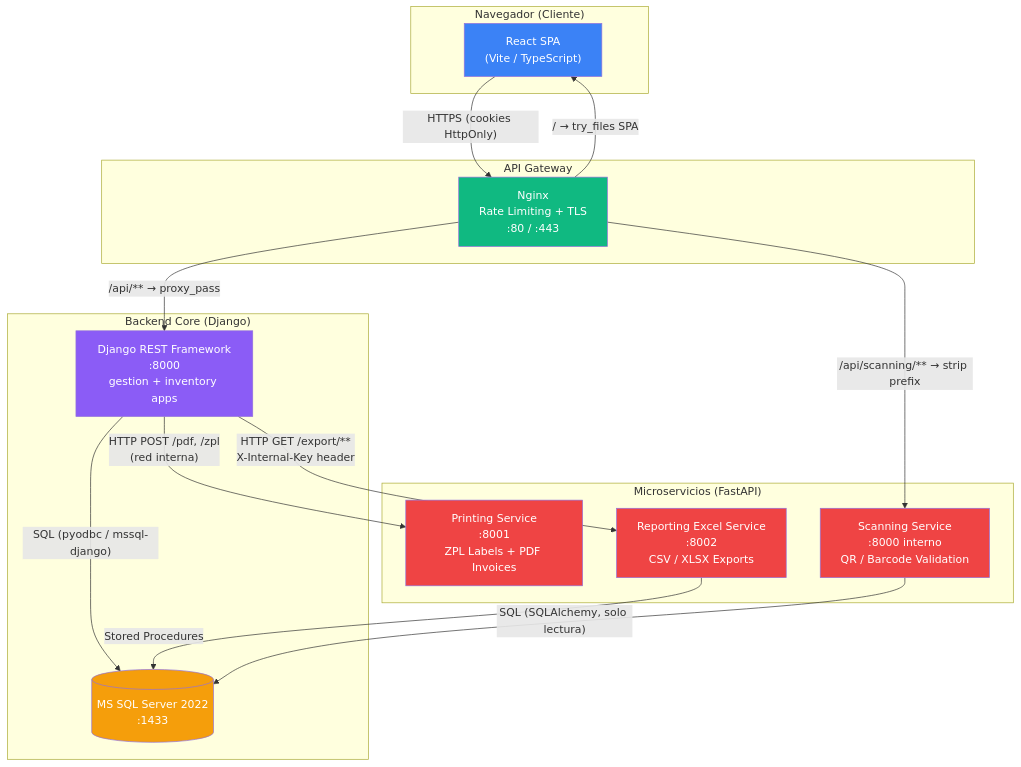
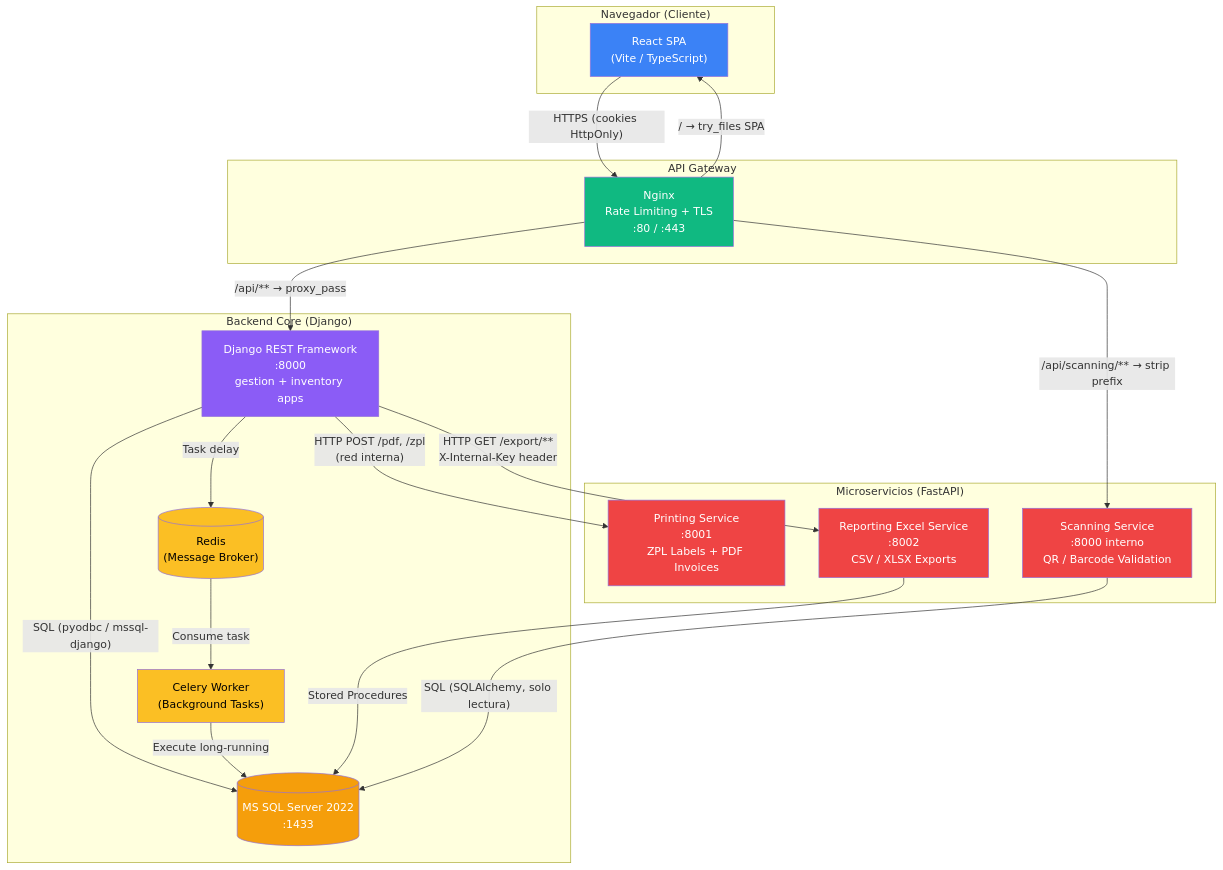
One commit to DevBrandonArellano/TexCore changed the first of 3 diagrams in documentation/TEXCORE_TECHNICAL_DOCS.md. Above: the diagram before and after it, drawn with Mermaid. The commit also changed other lines of this file and 46 other files, not shown here.

````diff
--- a/documentation/TEXCORE_TECHNICAL_DOCS.md
+++ b/documentation/TEXCORE_TECHNICAL_DOCS.md
@@ -78,42 +78,50 @@
 ```mermaid
 graph TD
     subgraph Cliente["Navegador (Cliente)"]
         FE["React SPA<br/>(Vite / TypeScript)"]
     end
 
     subgraph Gateway["API Gateway"]
         NGX["Nginx<br/>Rate Limiting + TLS<br/>:80 / :443"]
     end
 
     subgraph Backend["Backend Core (Django)"]
         DJN["Django REST Framework<br/>:8000<br/>gestion + inventory apps"]
         DB[("MS SQL Server 2022<br/>:1433")]
+        CEL["Celery Worker<br/>(Background Tasks)"]
+        RED[("Redis<br/>(Message Broker)")]
     end
 
     subgraph Microservices["Microservicios (FastAPI)"]
         PRT["Printing Service<br/>:8001<br/>ZPL Labels + PDF Invoices"]
         SCN["Scanning Service<br/>:8000 interno<br/>QR / Barcode Validation"]
         RPT["Reporting Excel Service<br/>:8002<br/>CSV / XLSX Exports"]
     end
 
     FE -->|"HTTPS (cookies HttpOnly)"| NGX
     NGX -->|"/api/** → proxy_pass"| DJN
     NGX -->|"/api/scanning/** → strip prefix"| SCN
     NGX -->|"/ → try_files SPA"| FE
 
     DJN -->|"SQL (pyodbc / mssql-django)"| DB
     SCN -->|"SQL (SQLAlchemy, solo lectura)"| DB
 
+    DJN -->|"Task delay"| RED
+    RED -->|"Consume task"| CEL
+    CEL -->|"Execute long-running"| DB
+
     DJN -->|"HTTP POST /pdf, /zpl<br/>(red interna)"| PRT
     DJN -->|"HTTP GET /export/**<br/>X-Internal-Key header"| RPT
 
     RPT -->|"Stored Procedures"| DB
 
     style FE fill:#3b82f6,color:#fff
     style NGX fill:#10b981,color:#fff
     style DJN fill:#8b5cf6,color:#fff
     style DB fill:#f59e0b,color:#fff
     style PRT fill:#ef4444,color:#fff
     style SCN fill:#ef4444,color:#fff
     style RPT fill:#ef4444,color:#fff
+    style CEL fill:#fbbf24,color:#000
+    style RED fill:#fbbf24,color:#000
 ```
````
